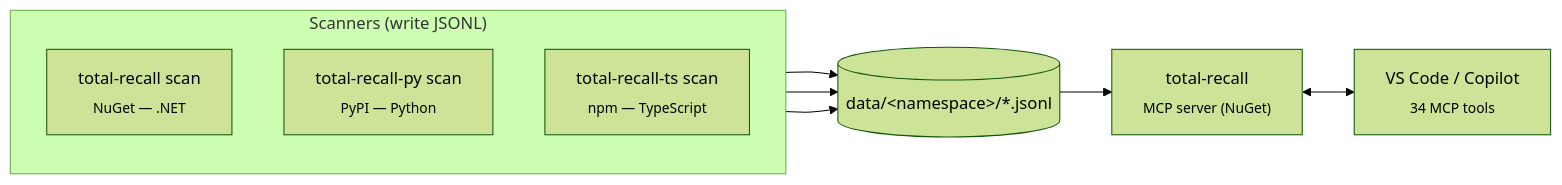
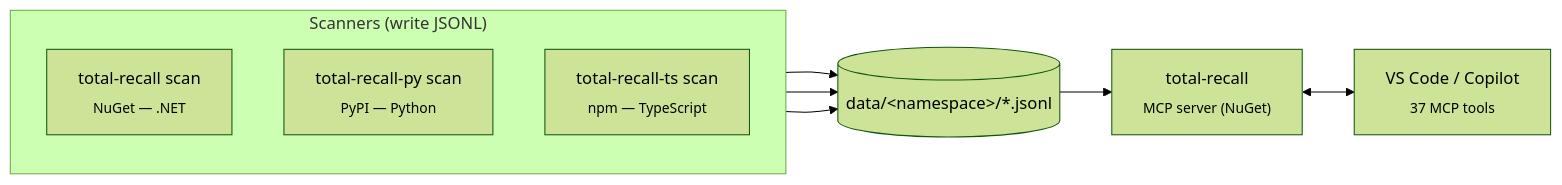
Before and after one commit to monk-eee/Total.Recall.MCP: the diagram in README.md, drawn with Mermaid (forest theme). The commit also changed other lines of this file and 13 other files, not shown here.

````diff
--- a/README.md
+++ b/README.md
@@ -45,17 +45,17 @@
 ```mermaid
 flowchart LR
   subgraph scanners["Scanners (write JSONL)"]
     direction TB
     SDN["total-recall scan<br/><sub>NuGet — .NET</sub>"]
     SPY["total-recall-py scan<br/><sub>PyPI — Python</sub>"]
     STS["total-recall-ts scan<br/><sub>npm — TypeScript</sub>"]
   end
   D[("data/&lt;namespace&gt;/*.jsonl")]
   S["total-recall<br/><sub>MCP server (NuGet)</sub>"]
-  VS["VS Code / Copilot<br/><sub>34 MCP tools</sub>"]
+  VS["VS Code / Copilot<br/><sub>37 MCP tools</sub>"]
   SDN --> D
   SPY --> D
   STS --> D
   D --> S
   S <--> VS
 ```
````
